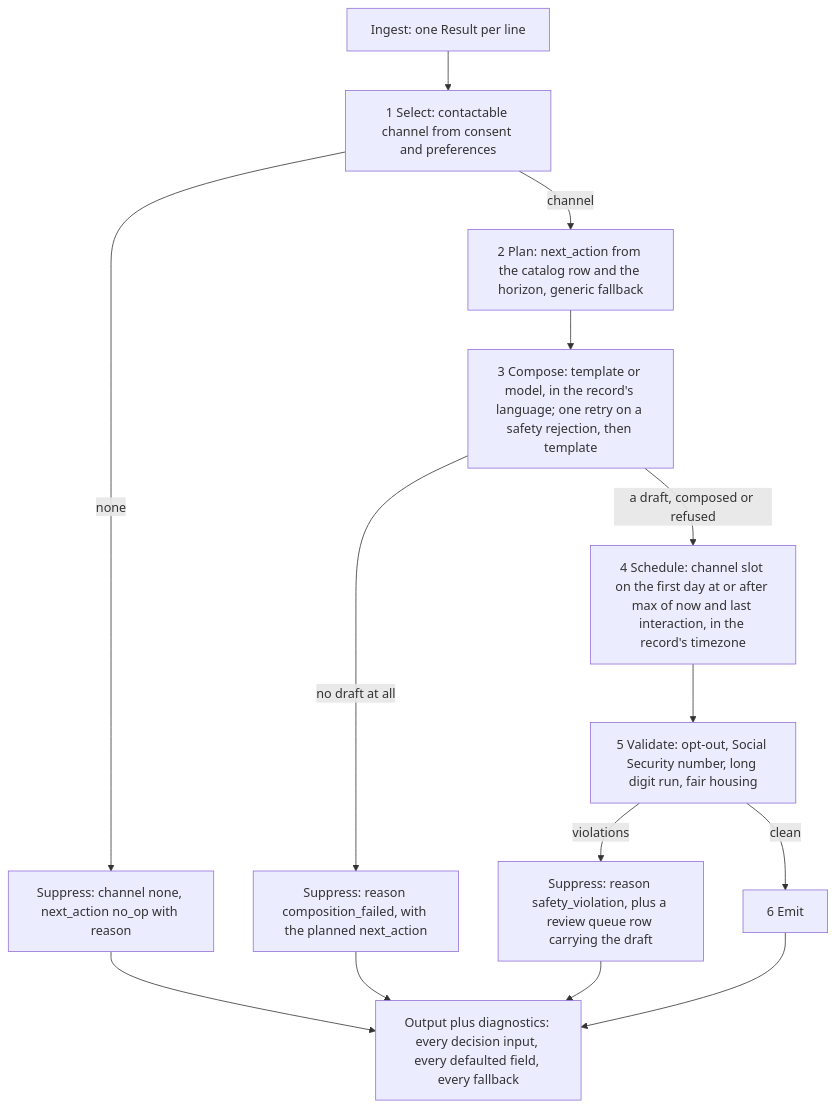
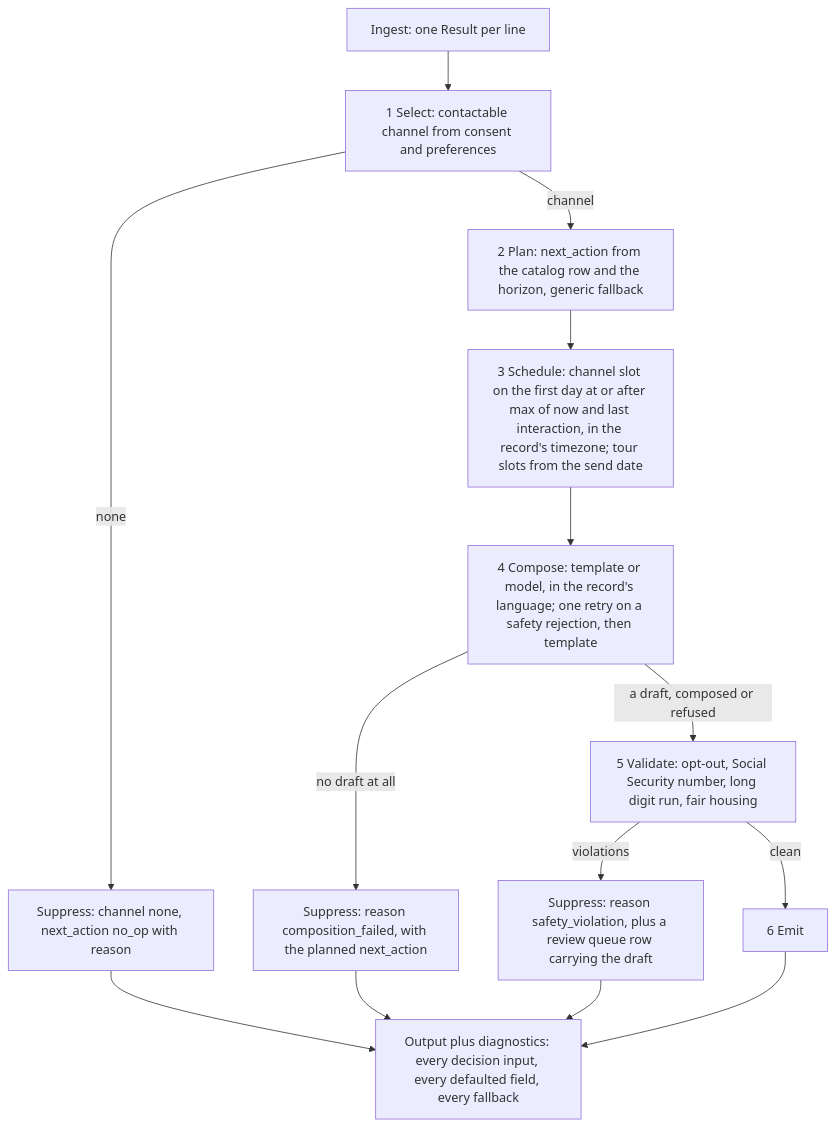
Before and after one commit to AndrewVanDelden/RealPagesInterview: the diagram in README.md, drawn with Mermaid. The commit also changed other lines of this file and 42 other files, not shown here.

First line of the commit message:
D108 taken: tour options are dated slots from the send date

````diff
--- a/README.md
+++ b/README.md
@@ -16,16 +16,16 @@
 ```mermaid
 flowchart TD
     A[Ingest: one Result per line] --> B[1 Select: contactable channel from consent and preferences]
     B -- none --> S[Suppress: channel none, next_action no_op with reason]
     B -- channel --> C[2 Plan: next_action from the catalog row and the horizon, generic fallback]
-    C --> D[3 Compose: template or model, in the record's language; one retry on a safety rejection, then template]
-    D -- no draft at all --> S2[Suppress: reason composition_failed, with the planned next_action]
-    D -- a draft, composed or refused --> E[4 Schedule: channel slot on the first day at or after max of now and last interaction, in the record's timezone]
-    E --> F[5 Validate: opt-out, Social Security number, long digit run, fair housing]
+    C --> D[3 Schedule: channel slot on the first day at or after max of now and last interaction, in the record's timezone; tour slots from the send date]
+    D --> E[4 Compose: template or model, in the record's language; one retry on a safety rejection, then template]
+    E -- no draft at all --> S2[Suppress: reason composition_failed, with the planned next_action]
+    E -- a draft, composed or refused --> F[5 Validate: opt-out, Social Security number, long digit run, fair housing]
     F -- violations --> S3[Suppress: reason safety_violation, plus a review queue row carrying the draft]
     F -- clean --> G[6 Emit]
     S --> H[Output plus diagnostics: every decision input, every defaulted field, every fallback]
     S2 --> H
     S3 --> H
     G --> H
 ```
````
